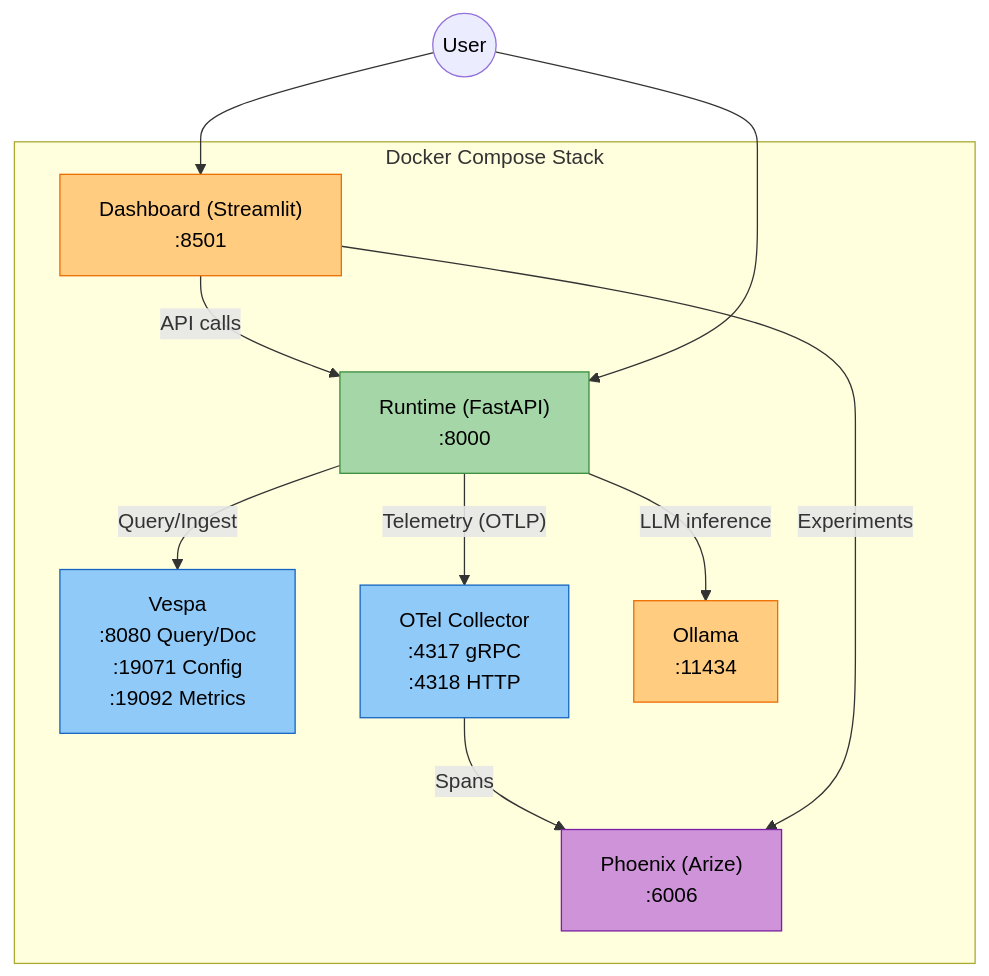
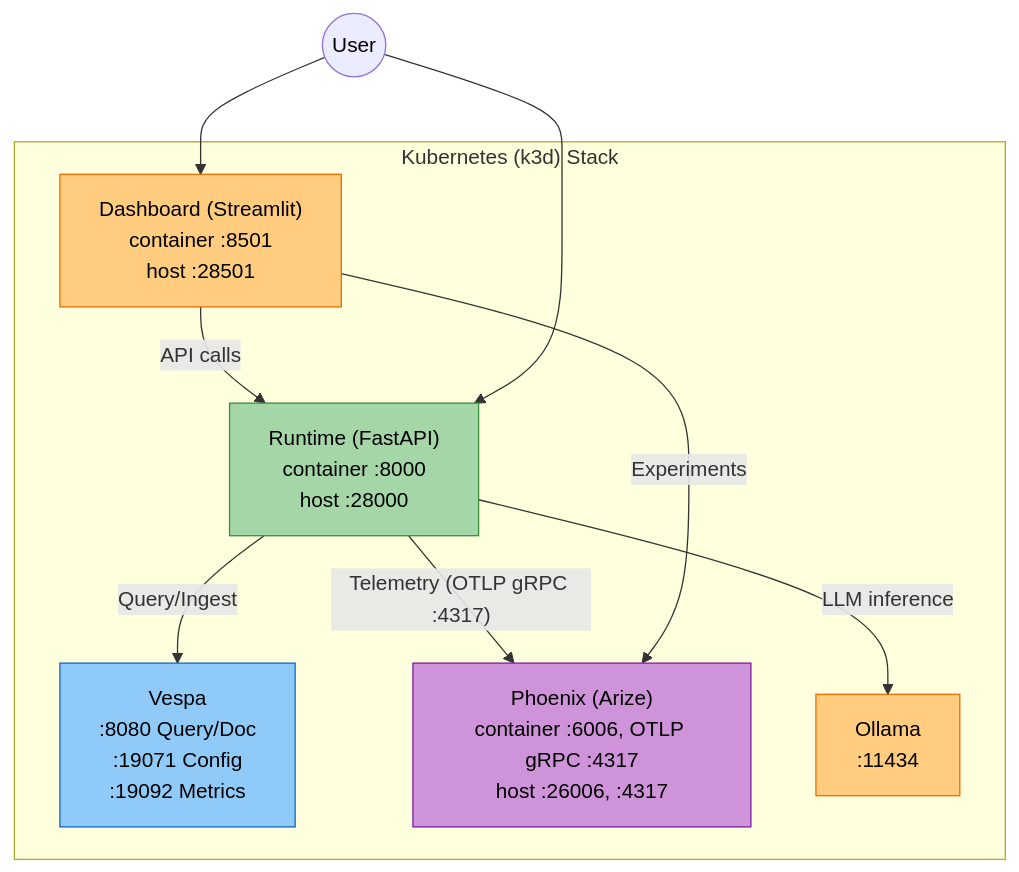
The first of 6 diagrams in docs/setup/live-demo-guide.md (amit-jain/cogniverse), drawn with Mermaid before and after one commit. The commit also changed other lines of this file and 119 other files, not shown here.

````diff
--- a/docs/setup/live-demo-guide.md
+++ b/docs/setup/live-demo-guide.md
@@ -39,28 +43,25 @@
 ```mermaid
 graph TB
-    subgraph "Docker Compose Stack"
+    subgraph "Kubernetes (k3d) Stack"
         VESPA["<span style='color:#000'>Vespa<br/>:8080 Query/Doc<br/>:19071 Config<br/>:19092 Metrics</span>"]
-        RUNTIME["<span style='color:#000'>Runtime (FastAPI)<br/>:8000</span>"]
-        DASHBOARD["<span style='color:#000'>Dashboard (Streamlit)<br/>:8501</span>"]
-        PHOENIX["<span style='color:#000'>Phoenix (Arize)<br/>:6006</span>"]
-        OTEL["<span style='color:#000'>OTel Collector<br/>:4317 gRPC<br/>:4318 HTTP</span>"]
+        RUNTIME["<span style='color:#000'>Runtime (FastAPI)<br/>container :8000<br/>host :28000</span>"]
+        DASHBOARD["<span style='color:#000'>Dashboard (Streamlit)<br/>container :8501<br/>host :28501</span>"]
+        PHOENIX["<span style='color:#000'>Phoenix (Arize)<br/>container :6006, OTLP gRPC :4317<br/>host :26006, :4317</span>"]
         OLLAMA["<span style='color:#000'>Ollama<br/>:11434</span>"]
     end
 
     RUNTIME -->|"Query/Ingest"| VESPA
-    RUNTIME -->|"Telemetry (OTLP)"| OTEL
-    OTEL -->|"Spans"| PHOENIX
+    RUNTIME -->|"Telemetry (OTLP gRPC :4317)"| PHOENIX
     DASHBOARD -->|"API calls"| RUNTIME
     DASHBOARD -->|"Experiments"| PHOENIX
     RUNTIME -->|"LLM inference"| OLLAMA
 
     USER(("<span style='color:#000'>User</span>")) --> DASHBOARD
     USER --> RUNTIME
 
     style VESPA fill:#90caf9,stroke:#1565c0,color:#000
     style RUNTIME fill:#a5d6a7,stroke:#388e3c,color:#000
     style DASHBOARD fill:#ffcc80,stroke:#ef6c00,color:#000
     style PHOENIX fill:#ce93d8,stroke:#7b1fa2,color:#000
-    style OTEL fill:#90caf9,stroke:#1565c0,color:#000
     style OLLAMA fill:#ffcc80,stroke:#ef6c00,color:#000
 ```
````
